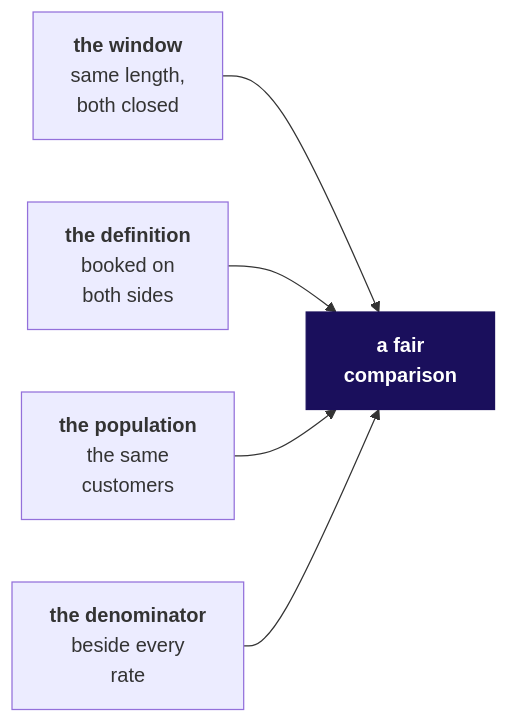
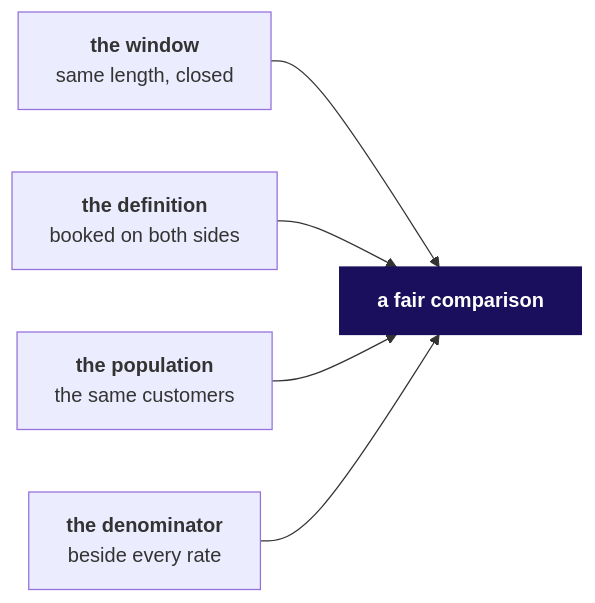
One commit to fde-academy-lab/c2-content-factory changed the fifth of 34 diagrams in content/W01/D2/slides/C2_W01_D02_half1_STUDENT.md. Above: the diagram before and after it, drawn with Mermaid. The commit also changed other lines of this file and 4 other files, not shown here.

````diff
--- a/content/W01/D2/slides/C2_W01_D02_half1_STUDENT.md
+++ b/content/W01/D2/slides/C2_W01_D02_half1_STUDENT.md
@@ -307,9 +308,9 @@
 ```mermaid
 flowchart LR
-    W["<b>the window</b><br/>same length,<br/>both closed"] --> F["<b>a fair<br/>comparison</b>"]
-    D["<b>the definition</b><br/>booked on<br/>both sides"] --> F
-    P["<b>the population</b><br/>the same<br/>customers"] --> F
-    N["<b>the denominator</b><br/>beside every<br/>rate"] --> F
+    W["<b>the window</b><br/>same length, closed"] --> F["<b>a fair comparison</b>"]
+    D["<b>the definition</b><br/>booked on both sides"] --> F
+    P["<b>the population</b><br/>the same customers"] --> F
+    N["<b>the denominator</b><br/>beside every rate"] --> F
     classDef bet fill:#1A0F5C,stroke:#1A0F5C,color:#FFFFFF
     class F bet
 ```
````
